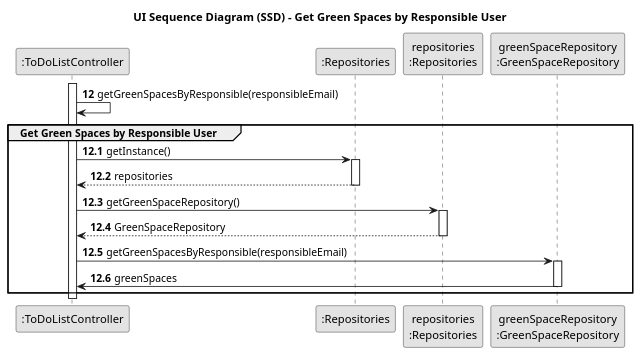
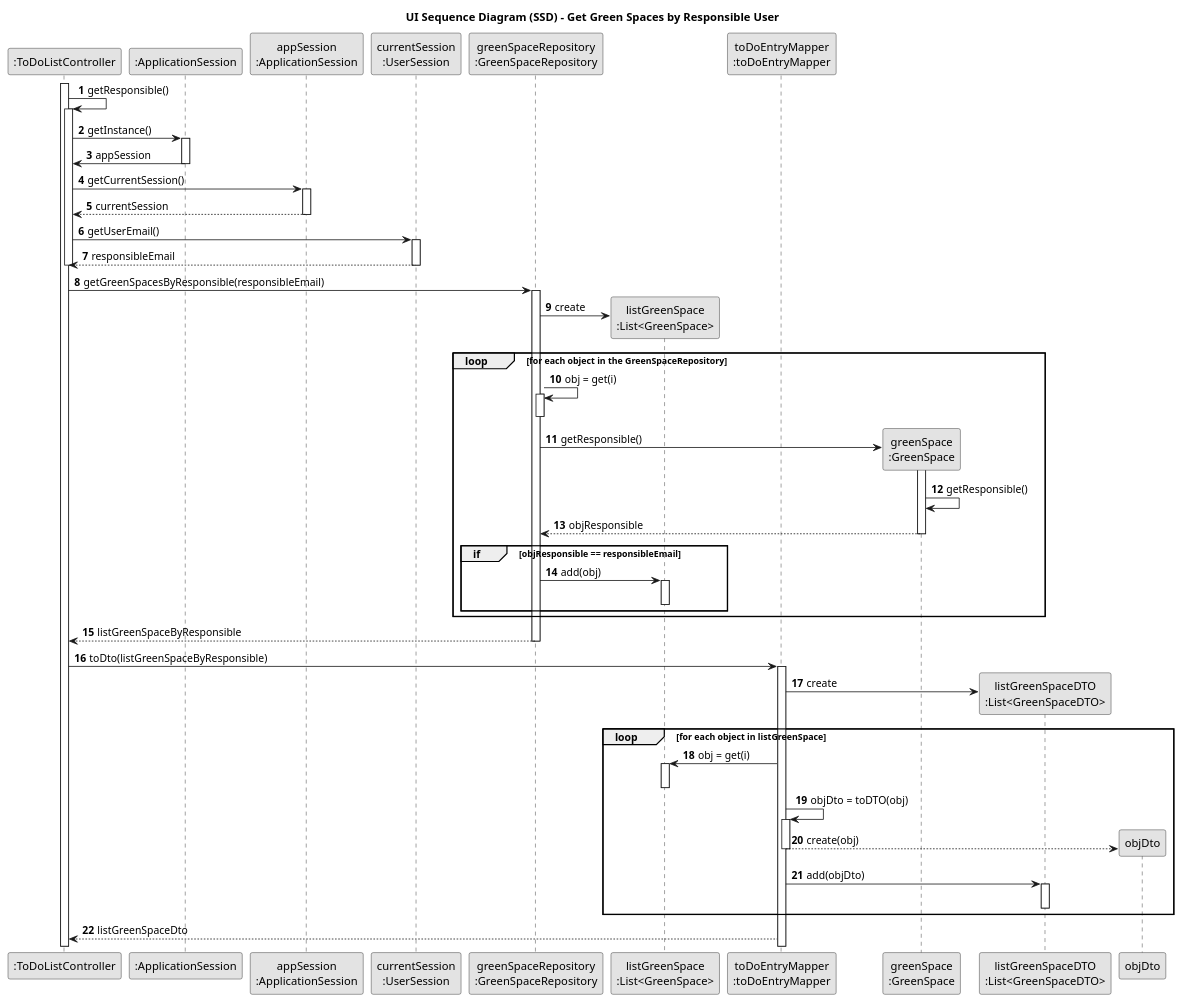
The diagram in docs/sprintC/us021/03.design/puml/us021-sequence-diagram-partial-get-green-spaces-by-responsible.puml (SAEmanuel/Green_Spaces_Management_ISEP), drawn with PlantUML before and after one commit. The commit also changed 13 other files, not shown here.

```diff
--- a/docs/sprintC/us021/03.design/puml/us021-sequence-diagram-partial-get-green-spaces-by-responsible.puml
+++ b/docs/sprintC/us021/03.design/puml/us021-sequence-diagram-partial-get-green-spaces-by-responsible.puml
@@ -1,45 +1,88 @@
 @startuml
 skinparam monochrome true
 skinparam packageStyle rectangle
 skinparam shadowing false
 
 title UI Sequence Diagram (SSD) - Get Green Spaces by Responsible User
 
 autonumber
 
 
+
 participant ":ToDoListController" as CTRL
-participant ":Repositories" as RepositorySingleton
-participant "repositories\n:Repositories" as PLAT
+participant ":ApplicationSession" as _APP
+participant "appSession\n:ApplicationSession" as APP
+participant "currentSession\n:UserSession" as SESSAO
 participant "greenSpaceRepository\n:GreenSpaceRepository" as GREENSpaceRepository
-
+participant "listGreenSpace\n:List<GreenSpace>" as listGreenSpace
+participant "toDoEntryMapper\n:toDoEntryMapper" as mapper
+participant "greenSpace\n:GreenSpace" as GREEN
+participant "listGreenSpaceDTO\n:List<GreenSpaceDTO>" as listDTO
 
 
 activate CTRL
-autonumber 12
-CTRL -> CTRL : getGreenSpacesByResponsible(responsibleEmail)
 
-group Get Green Spaces by Responsible User
-autonumber 12.1
-CTRL -> RepositorySingleton : getInstance()
-activate RepositorySingleton
-RepositorySingleton --> CTRL: repositories
-deactivate RepositorySingleton
+CTRL -> CTRL : getResponsible()
+activate CTRL
 
-CTRL -> PLAT : getGreenSpaceRepository()
-activate PLAT
-PLAT --> CTRL: GreenSpaceRepository
-deactivate PLAT
+CTRL -> _APP: getInstance()
+activate _APP
+_APP -> CTRL: appSession
+deactivate _APP
 
-CTRL -> GREENSpaceRepository : getGreenSpacesByResponsible(responsibleEmail)
-activate GREENSpaceRepository
-GREENSpaceRepository -> CTRL : greenSpaces
-deactivate GREENSpaceRepository
-end
+CTRL -> APP: getCurrentSession()
+activate APP
+APP --> CTRL: currentSession
+deactivate APP
 
+CTRL -> SESSAO: getUserEmail()
+activate SESSAO
+SESSAO --> CTRL: responsibleEmail
+deactivate SESSAO
 deactivate CTRL
 
+CTRL -> GREENSpaceRepository: getGreenSpacesByResponsible(responsibleEmail)
+activate GREENSpaceRepository
 
+GREENSpaceRepository -> listGreenSpace** : create
+group loop [for each object in the GreenSpaceRepository]
+    GREENSpaceRepository -> GREENSpaceRepository :  obj = get(i)
+    activate GREENSpaceRepository
+    deactivate GREENSpaceRepository
+
+    GREENSpaceRepository -> GREEN** : getResponsible()
+    activate GREEN
+    GREEN -> GREEN : getResponsible()
+    GREEN --> GREENSpaceRepository : objResponsible
+    deactivate GREEN
+
+    group if [objResponsible == responsibleEmail]
+        GREENSpaceRepository -> listGreenSpace : add(obj)
+        activate listGreenSpace
+        deactivate listGreenSpace
+    end
+end
+GREENSpaceRepository --> CTRL : listGreenSpaceByResponsible
+deactivate GREENSpaceRepository
+
+CTRL -> mapper : toDto(listGreenSpaceByResponsible)
+activate mapper
+mapper -> listDTO** : create
+group loop [for each object in listGreenSpace]
+    mapper -> listGreenSpace: obj = get(i)
+    activate listGreenSpace
+    deactivate listGreenSpace
+
+    mapper -> mapper : objDto = toDTO(obj)
+    activate mapper
+    mapper --> objDto** : create(obj)
+    deactivate mapper
+
+    mapper -> listDTO : add(objDto)
+    activate listDTO
+    deactivate listDTO
+end
+mapper --> CTRL : listGreenSpaceDto
 
 
 @enduml
```
